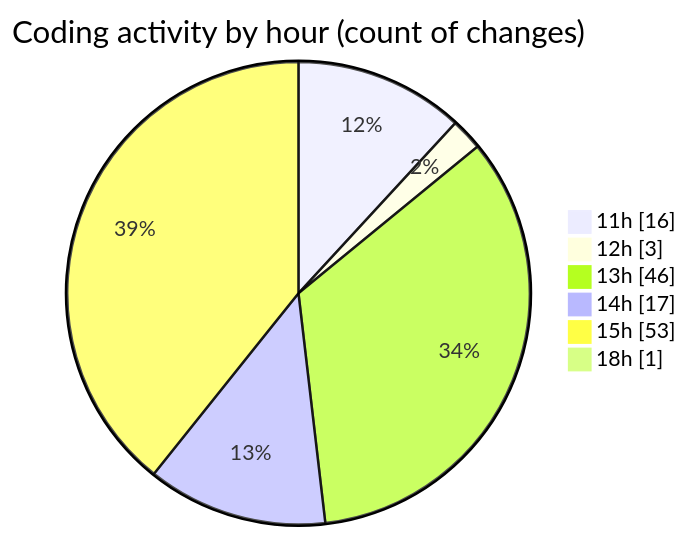
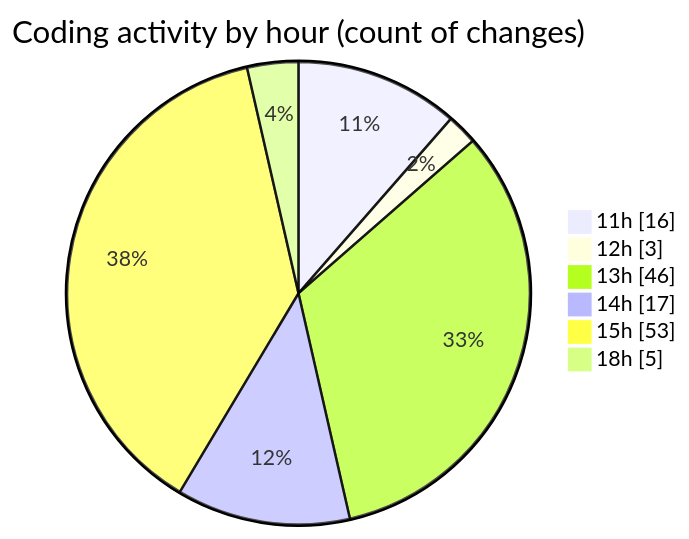
Before and after one commit to nxtqubesakshisongat/code-tracking: the second of 2 diagrams in 2025-07-08/argos/README.md, drawn with Mermaid. The commit also changed other lines of this file and 1 other file, not shown here.

````diff
--- a/2025-07-08/argos/README.md
+++ b/2025-07-08/argos/README.md
@@ -34,10 +34,10 @@
 ```mermaid
 pie showData
 title Coding activity by hour (count of changes)
 "11h" : 16
 "12h" : 3
 "13h" : 46
 "14h" : 17
 "15h" : 53
-"18h" : 1
+"18h" : 5
 ```
````
